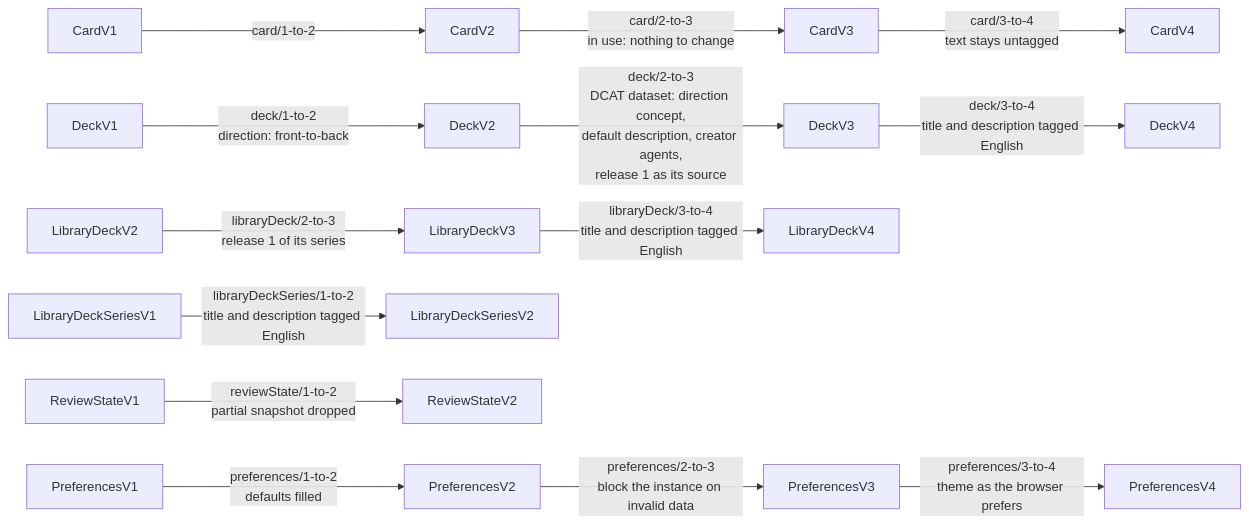
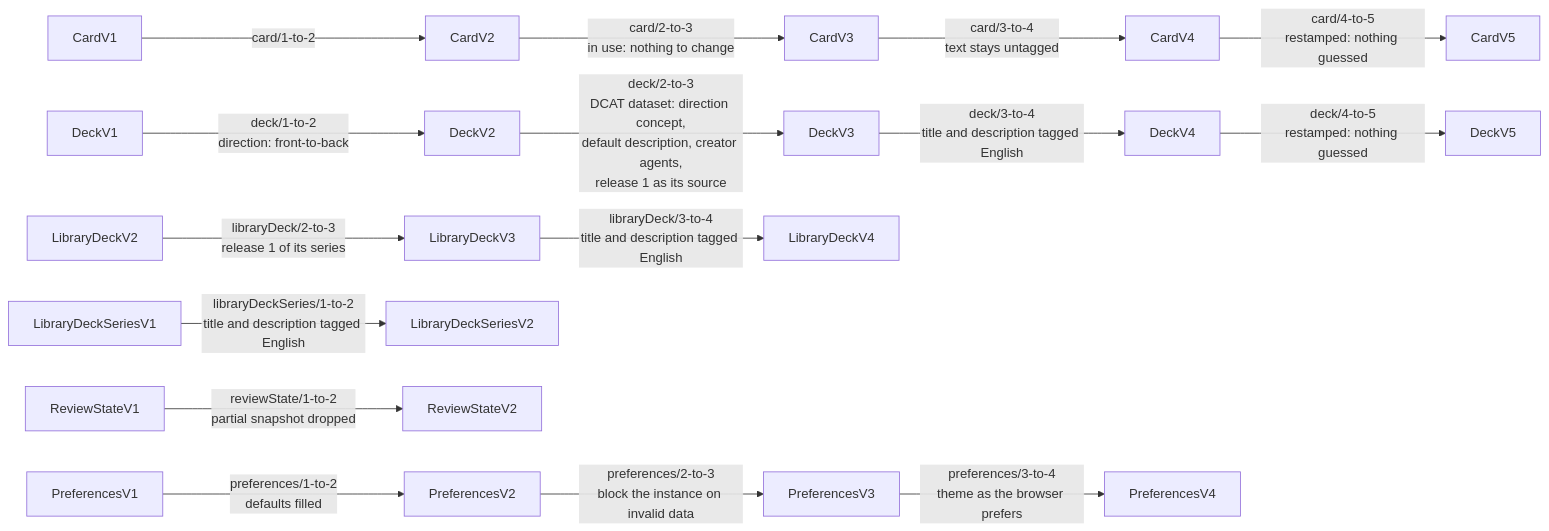
One commit to antwika/solid-memo changed the first of 3 diagrams in docs/migrations.md. Above: the diagram before and after it, drawn with Mermaid. The commit also changed other lines of this file and 118 other files, not shown here.

````diff
--- a/docs/migrations.md
+++ b/docs/migrations.md
@@ -68,16 +87,18 @@
 ```mermaid
 flowchart LR
     v1["CardV1"] -->|card/1-to-2| v2["CardV2"]
     v2 -->|card/2-to-3<br/>in use: nothing to change| v3["CardV3"]
     v3 -->|card/3-to-4<br/>text stays untagged| v4["CardV4"]
+    v4 -->|card/4-to-5<br/>restamped: nothing guessed| v5["CardV5"]
     d1["DeckV1"] -->|deck/1-to-2<br/>direction: front-to-back| d2["DeckV2"]
     d2 -->|deck/2-to-3<br/>DCAT dataset: direction concept,<br/>default description, creator agents,<br/>release 1 as its source| d3["DeckV3"]
     d3 -->|deck/3-to-4<br/>title and description tagged English| d4["DeckV4"]
+    d4 -->|deck/4-to-5<br/>restamped: nothing guessed| d5["DeckV5"]
     l2["LibraryDeckV2"] -->|libraryDeck/2-to-3<br/>release 1 of its series| l3["LibraryDeckV3"]
     l3 -->|libraryDeck/3-to-4<br/>title and description tagged English| l4["LibraryDeckV4"]
     s1["LibraryDeckSeriesV1"] -->|libraryDeckSeries/1-to-2<br/>title and description tagged English| s2["LibraryDeckSeriesV2"]
     r1["ReviewStateV1"] -->|reviewState/1-to-2<br/>partial snapshot dropped| r2["ReviewStateV2"]
     p1["PreferencesV1"] -->|preferences/1-to-2<br/>defaults filled| p2["PreferencesV2"]
     p2 -->|preferences/2-to-3<br/>block the instance on invalid data| p3["PreferencesV3"]
     p3 -->|preferences/3-to-4<br/>theme as the browser prefers| p4["PreferencesV4"]
 ```
````
